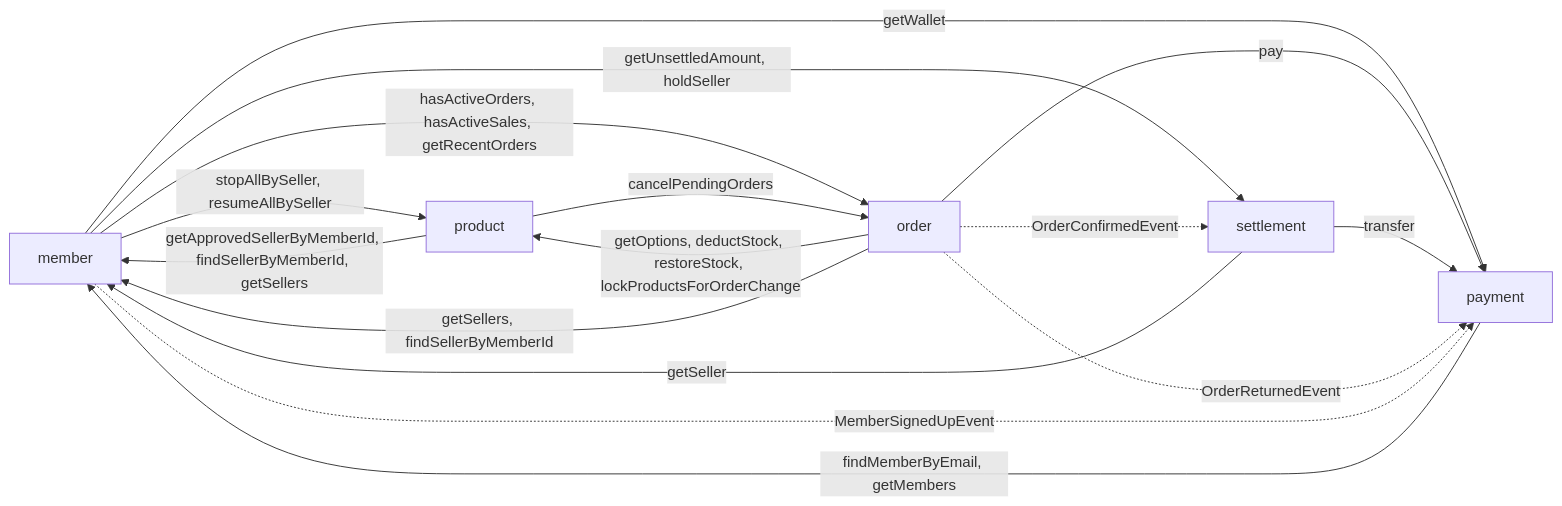
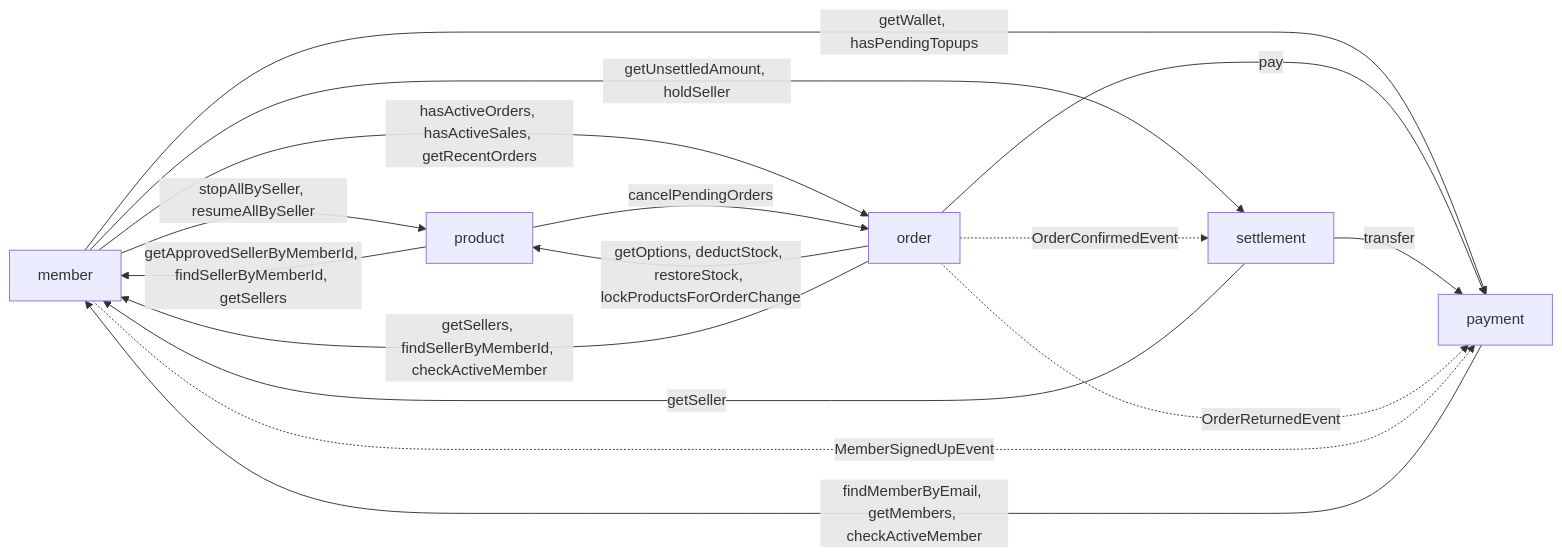
Before and after one commit to prgrms-be-adv-devcourse/beadv8_2_TRSS_BE: the diagram in docs/palette_development_guide.md, drawn with Mermaid. The commit also changed other lines of this file and 4 other files, not shown here.

````diff
--- a/docs/palette_development_guide.md
+++ b/docs/palette_development_guide.md
@@ -143,18 +144,18 @@
 ```mermaid
 flowchart LR
-    member -->|getWallet| payment
+    member -->|getWallet, hasPendingTopups| payment
     member -->|stopAllBySeller, resumeAllBySeller| product
     member -->|hasActiveOrders, hasActiveSales, getRecentOrders| order
     member -->|getUnsettledAmount, holdSeller| settlement
     product -->|getApprovedSellerByMemberId, findSellerByMemberId, getSellers| member
     product -->|cancelPendingOrders| order
     order -->|getOptions, deductStock, restoreStock, lockProductsForOrderChange| product
     order -->|pay| payment
-    order -->|getSellers, findSellerByMemberId| member
+    order -->|getSellers, findSellerByMemberId, checkActiveMember| member
     settlement -->|transfer| payment
     settlement -->|getSeller| member
-    payment -->|findMemberByEmail, getMembers| member
+    payment -->|findMemberByEmail, getMembers, checkActiveMember| member
     order -. OrderReturnedEvent .-> payment
     order -. OrderConfirmedEvent .-> settlement
     member -. MemberSignedUpEvent .-> payment
 ```
````
